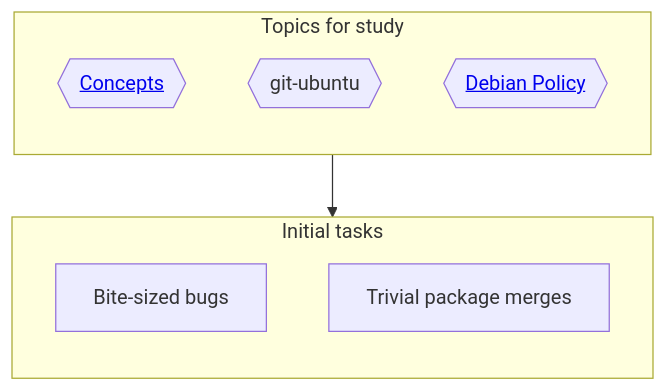
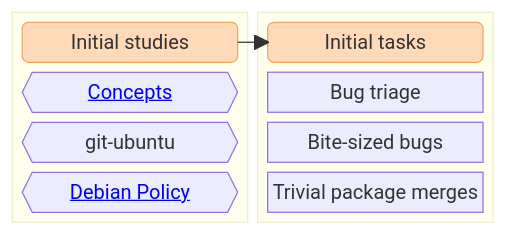
Before and after one commit to vhaudiquet/ubuntu-project-docs: the first of 5 diagrams in docs/who-makes-ubuntu/joining/path-to-upload-rights.md, drawn with Mermaid. The commit also changed other lines of this file, not shown here.

Commit message:
fix rendering issues in diagram

````diff
--- a/docs/who-makes-ubuntu/joining/path-to-upload-rights.md
+++ b/docs/who-makes-ubuntu/joining/path-to-upload-rights.md
@@ -17,20 +24,24 @@
 ```{mermaid}
-%% mermaid flowcharts documentation: https://mermaid.js.org/syntax/flowchart.html
-%%{ init: { 'flowchart': { 'curve': 'catmullRom' } } }%%
-flowchart TD
-    direction TB
-    subgraph InitialStudies["Topics for study"]
-        direction BT
+block-beta
+columns 2
+    block
+        InitialStudies("Initial studies")
+        columns 1
         Concepts{{"<a href=https://github.com/canonical/ubuntu-maintainers-handbook>Concepts</a>"}}
-        Git-Ubuntu{{"git-ubuntu"}}
-        Debian-Policy{{"<a href=https://www.debian.org/doc/debian-policy/>Debian Policy</a>"}}
+        GitUbuntu{{"git-ubuntu"}}
+        DebianPolicy{{"<a href=https://www.debian.org/doc/debian-policy/>Debian Policy</a>"}}
     end
 
-    subgraph InitialTasks["Initial tasks"]
-        direction BT
+    block
+        InitialTasks("Initial tasks")
+        columns 1
+        BugTriage["Bug triage"]
         BiteSizedBugs["Bite-sized bugs"]
         TrivialPackgeMerges["Trivial package merges"]
     end
 
     InitialStudies --> InitialTasks
+
+    style InitialStudies fill: #FFDAB9, stroke:#F4A460
+    style InitialTasks fill:#FFDAB9, stroke:#F4A460
 ```
````
